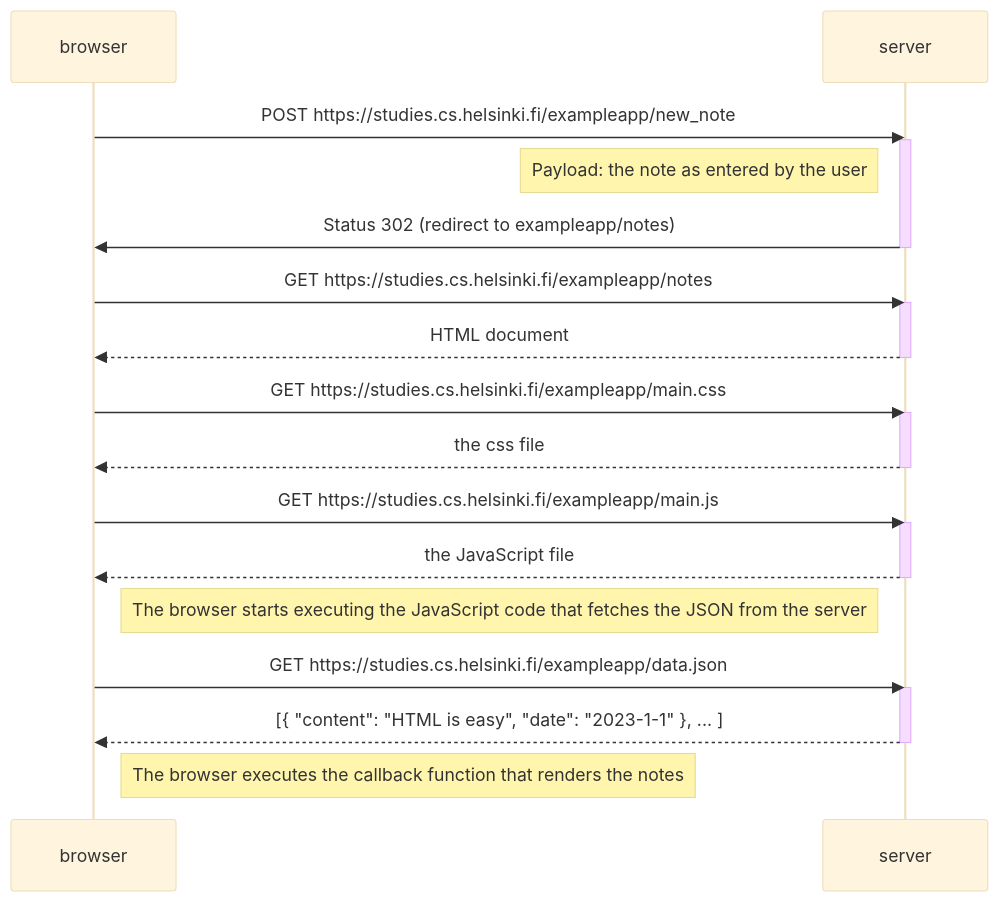
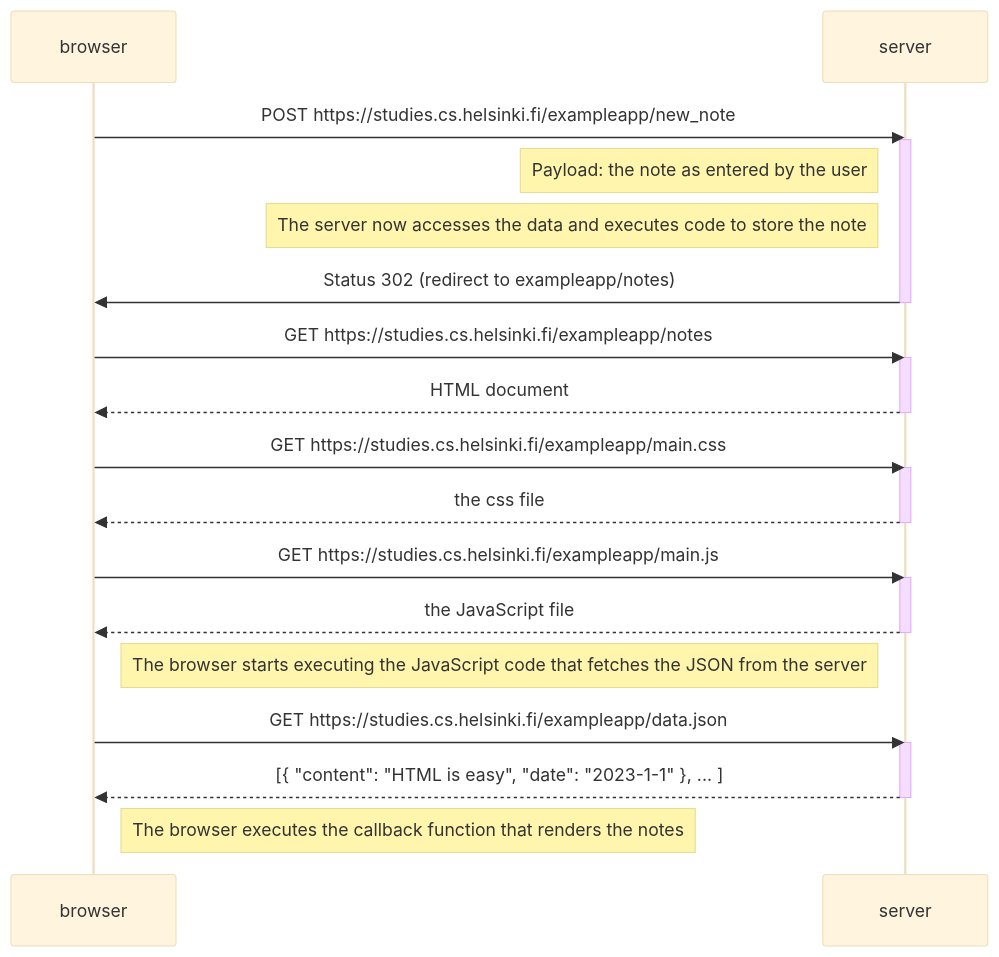
One commit to michaelstoeckel/fullstackopen changed the diagram in part0/excercise_0_4.md. Above: the diagram before and after it, drawn with Mermaid (base theme).

Commit message:
extended note for POST request

````diff
--- a/part0/excercise_0_4.md
+++ b/part0/excercise_0_4.md
@@ -1,35 +1,36 @@
 ```mermaid
 sequenceDiagram
     participant browser
     participant server
 
     browser->>server: POST https://studies.cs.helsinki.fi/exampleapp/new_note
     activate server
     Note left of server: Payload: the note as entered by the user
+    Note left of server: The server now accesses the data and executes code to store the note
     server->>browser: Status 302 (redirect to exampleapp/notes)
     deactivate server
 
     browser->>server: GET https://studies.cs.helsinki.fi/exampleapp/notes
     activate server
     server-->>browser: HTML document
     deactivate server
 
     browser->>server: GET https://studies.cs.helsinki.fi/exampleapp/main.css
     activate server
     server-->>browser: the css file
     deactivate server
 
     browser->>server: GET https://studies.cs.helsinki.fi/exampleapp/main.js
     activate server
     server-->>browser: the JavaScript file
     deactivate server
 
     Note right of browser: The browser starts executing the JavaScript code that fetches the JSON from the server
 
     browser->>server: GET https://studies.cs.helsinki.fi/exampleapp/data.json
     activate server
     server-->>browser: [{ "content": "HTML is easy", "date": "2023-1-1" }, ... ]
     deactivate server
 
     Note right of browser: The browser executes the callback function that renders the notes
 ```
````
